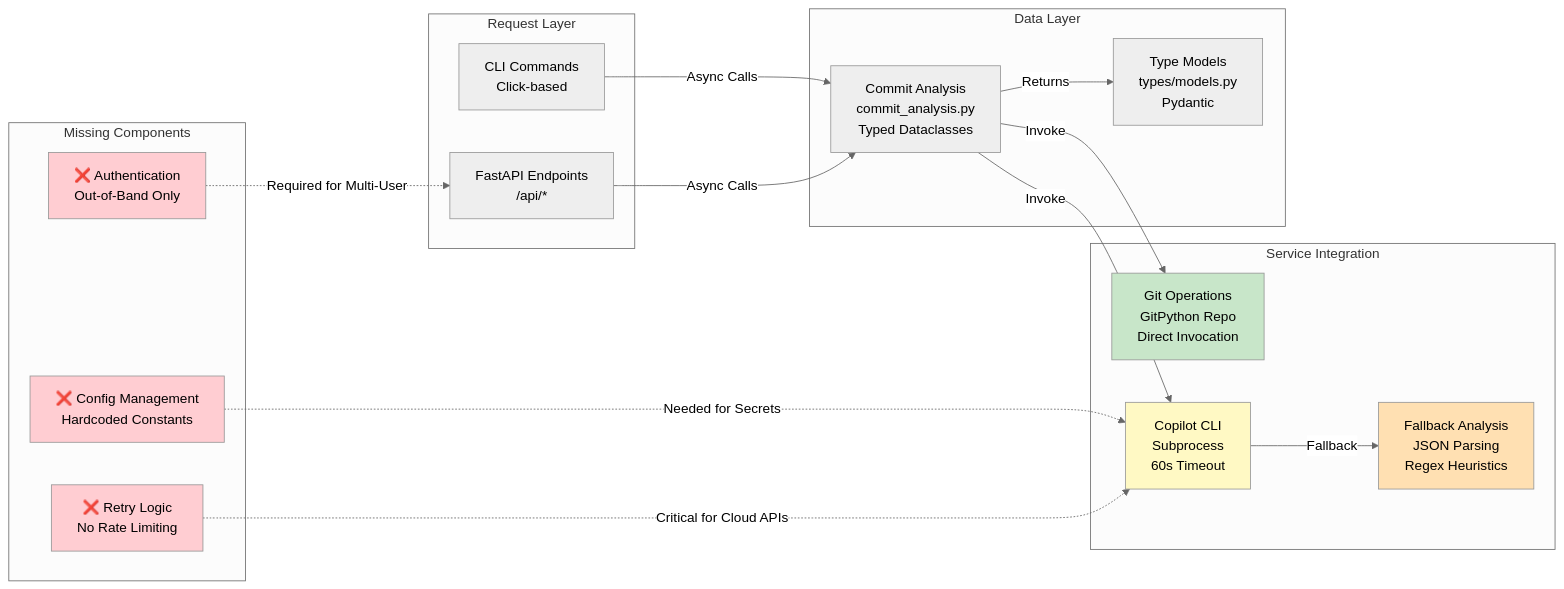
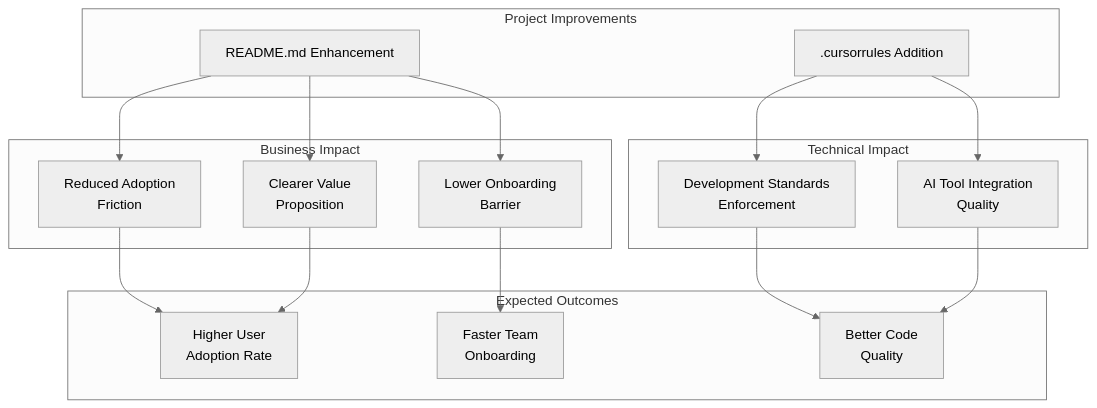
Before and after one commit to Juls95/DocWeave: the fourth of 7 diagrams in DocweaveDocs/DIAGRAMS.md, drawn with Mermaid (neutral theme). The commit also changed other lines of this file and 4 other files, not shown here.

````diff
--- a/DocweaveDocs/DIAGRAMS.md
+++ b/DocweaveDocs/DIAGRAMS.md
@@ -25,44 +47,35 @@
 ```mermaid
-graph LR
-    subgraph "Request Layer"
-        CLI["CLI Commands<br/>Click-based"]
-        API["FastAPI Endpoints<br/>/api/*"]
+graph TB
+    subgraph "Project Improvements"
+        A["README.md Enhancement"]
+        B[".cursorrules Addition"]
     end
     
-    subgraph "Service Integration"
-        GIT["Git Operations<br/>GitPython Repo<br/>Direct Invocation"]
-        COPILOT["Copilot CLI<br/>Subprocess<br/>60s Timeout"]
-        HEURISTICS["Fallback Analysis<br/>JSON Parsing<br/>Regex Heuristics"]
+    subgraph "Technical Impact"
+        C["Development Standards<br/>Enforcement"]
+        D["AI Tool Integration<br/>Quality"]
     end
     
-    subgraph "Data Layer"
-        ANALYSIS["Commit Analysis<br/>commit_analysis.py<br/>Typed Dataclasses"]
-        MODELS["Type Models<br/>types/models.py<br/>Pydantic"]
+    subgraph "Business Impact"
+        E["Reduced Adoption<br/>Friction"]
+        F["Clearer Value<br/>Proposition"]
+        G["Lower Onboarding<br/>Barrier"]
     end
     
-    subgraph "Missing Components"
-        AUTH["❌ Authentication<br/>Out-of-Band Only"]
-        CONFIG["❌ Config Management<br/>Hardcoded Constants"]
-        RETRY["❌ Retry Logic<br/>No Rate Limiting"]
+    subgraph "Expected Outcomes"
+        H["Higher User<br/>Adoption Rate"]
+        I["Better Code<br/>Quality"]
+        J["Faster Team<br/>Onboarding"]
     end
     
-    CLI -->|Async Calls| ANALYSIS
-    API -->|Async Calls| ANALYSIS
-    
-    ANALYSIS -->|Invoke| GIT
-    ANALYSIS -->|Invoke| COPILOT
-    COPILOT -->|Fallback| HEURISTICS
-    
-    ANALYSIS -->|Returns| MODELS
-    
-    AUTH -.->|Required for Multi-User| API
-    CONFIG -.->|Needed for Secrets| COPILOT
-    RETRY -.->|Critical for Cloud APIs| COPILOT
-    
-    style GIT fill:#c8e6c9
-    style COPILOT fill:#fff9c4
-    style HEURISTICS fill:#ffe0b2
-    style AUTH fill:#ffcdd2
-    style CONFIG fill:#ffcdd2
-    style RETRY fill:#ffcdd2
+    A --> E
+    A --> F
+    A --> G
+    B --> C
+    B --> D
+    C --> I
+    D --> I
+    E --> H
+    F --> H
+    G --> J
 ```
````
